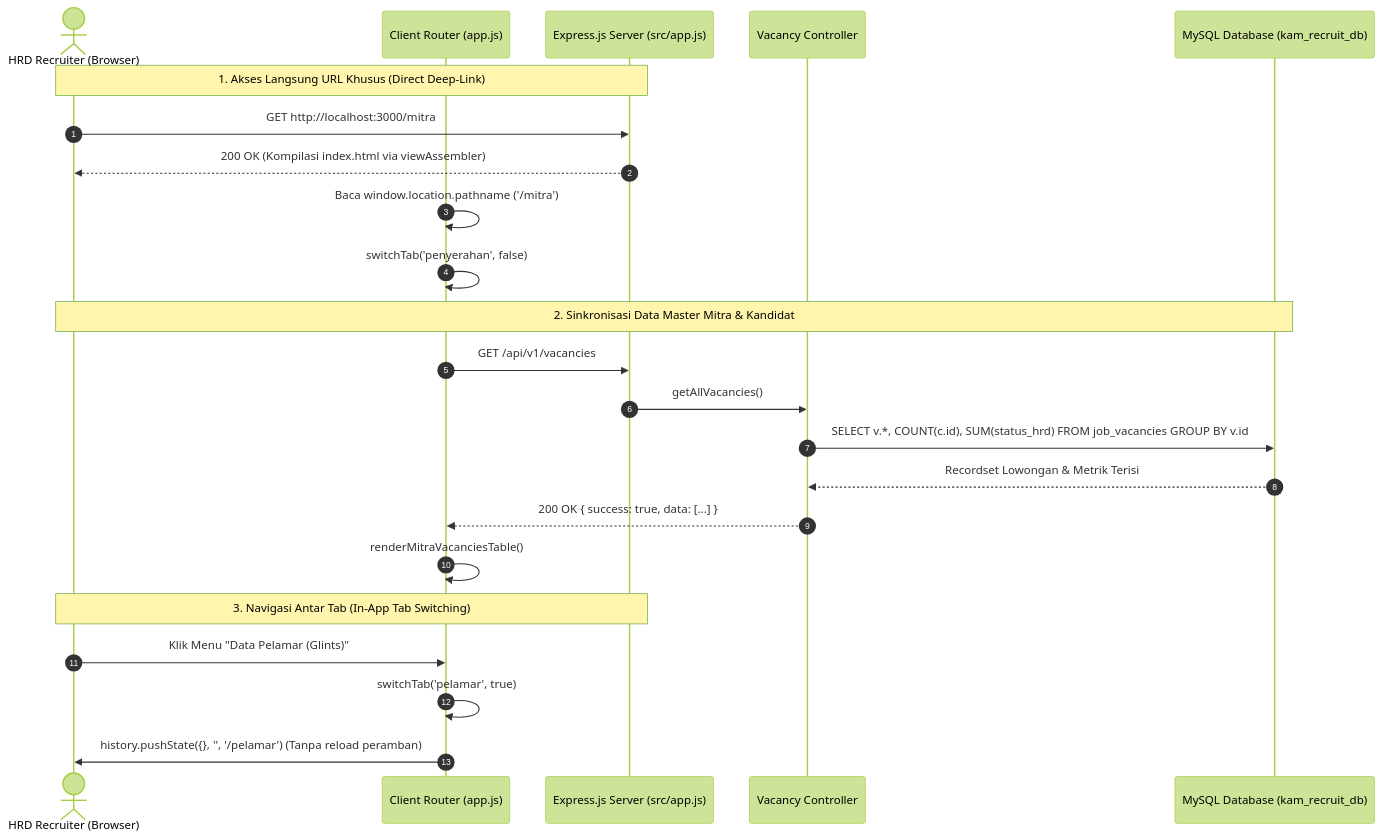
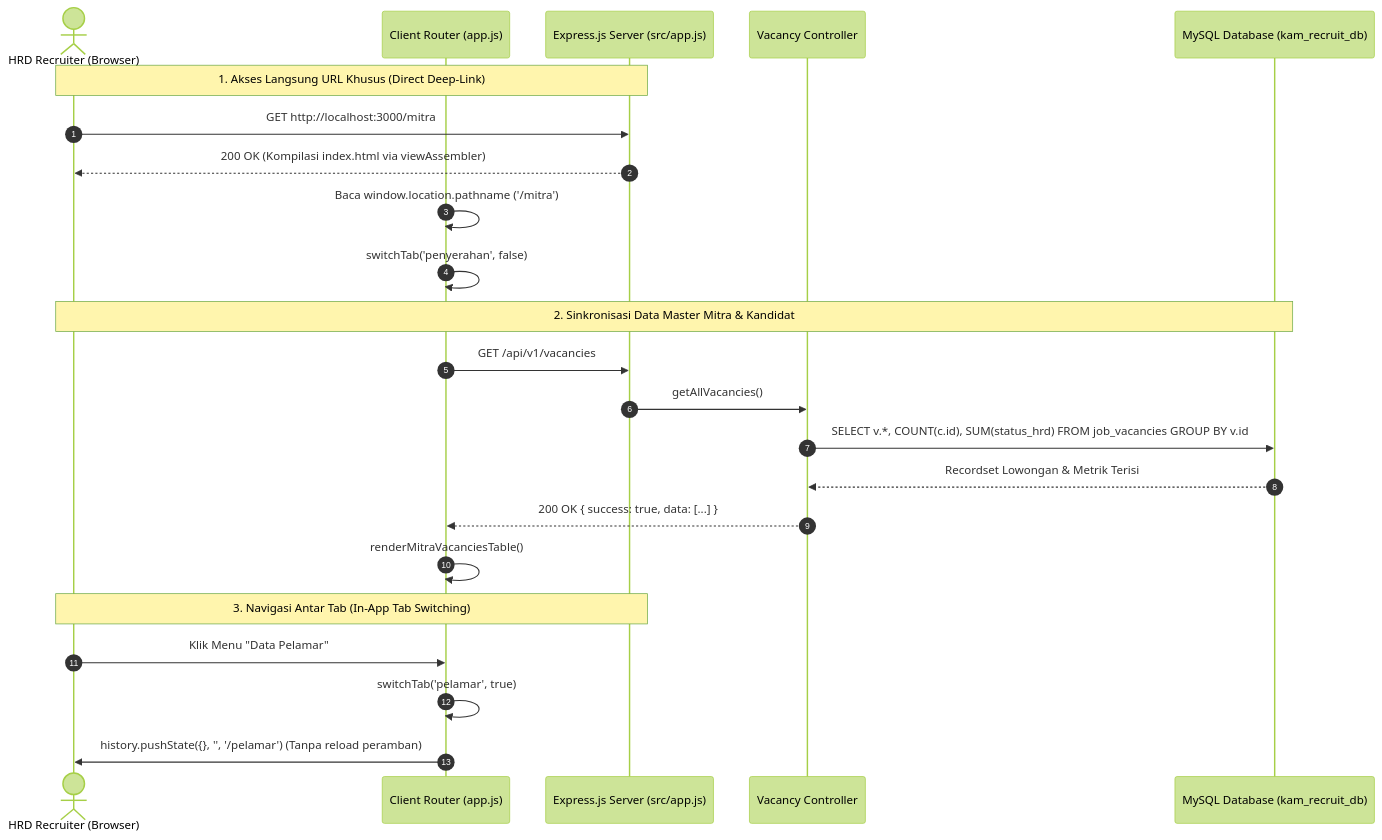
Before and after one commit to Alfaturachman/kam-recruit: the eighth of 8 diagrams in docs/04_architecture.md, drawn with Mermaid (forest theme). The commit also changed other lines of this file and 25 other files, not shown here.

````diff
--- a/docs/04_architecture.md
+++ b/docs/04_architecture.md
@@ -366,28 +366,28 @@
 ```mermaid
 sequenceDiagram
     autonumber
     actor Recruiter as HRD Recruiter (Browser)
     participant ClientRouter as Client Router (app.js)
     participant Express as Express.js Server (src/app.js)
     participant VacancyCtrl as Vacancy Controller
     participant MySQL as MySQL Database (kam_recruit_db)
 
     Note over Recruiter,Express: 1. Akses Langsung URL Khusus (Direct Deep-Link)
     Recruiter->>Express: GET http://localhost:3000/mitra
     Express-->>Recruiter: 200 OK (Kompilasi index.html via viewAssembler)
     ClientRouter->>ClientRouter: Baca window.location.pathname ('/mitra')
     ClientRouter->>ClientRouter: switchTab('penyerahan', false)
 
     Note over Recruiter,MySQL: 2. Sinkronisasi Data Master Mitra & Kandidat
     ClientRouter->>Express: GET /api/v1/vacancies
     Express->>VacancyCtrl: getAllVacancies()
     VacancyCtrl->>MySQL: SELECT v.*, COUNT(c.id), SUM(status_hrd) FROM job_vacancies GROUP BY v.id
     MySQL-->>VacancyCtrl: Recordset Lowongan & Metrik Terisi
     VacancyCtrl-->>ClientRouter: 200 OK { success: true, data: [...] }
     ClientRouter->>ClientRouter: renderMitraVacanciesTable()
 
     Note over Recruiter,Express: 3. Navigasi Antar Tab (In-App Tab Switching)
-    Recruiter->>ClientRouter: Klik Menu "Data Pelamar (Glints)"
+    Recruiter->>ClientRouter: Klik Menu "Data Pelamar"
     ClientRouter->>ClientRouter: switchTab('pelamar', true)
     ClientRouter->>Recruiter: history.pushState({}, '', '/pelamar') (Tanpa reload peramban)
 ```
````
